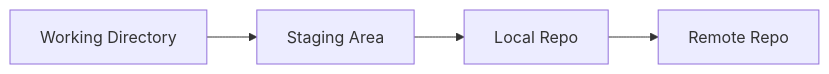
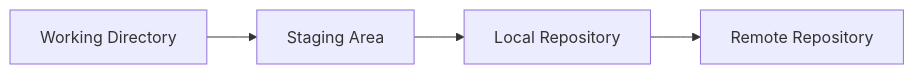
The diagram in docs/git/loeng.md (mtalvik/automatiseerimine_ext), drawn with Mermaid before and after one commit. The commit also changed other lines of this file and 140 other files, not shown here.

````diff
--- a/docs/git/loeng.md
+++ b/docs/git/loeng.md
@@ -66,6 +38,6 @@
 ```mermaid
 graph LR
     A[Working Directory] --> B[Staging Area]
-    B --> C[Local Repo]
-    C --> D[Remote Repo]
+    B --> C[Local Repository]
+    C --> D[Remote Repository]
 ```
````
